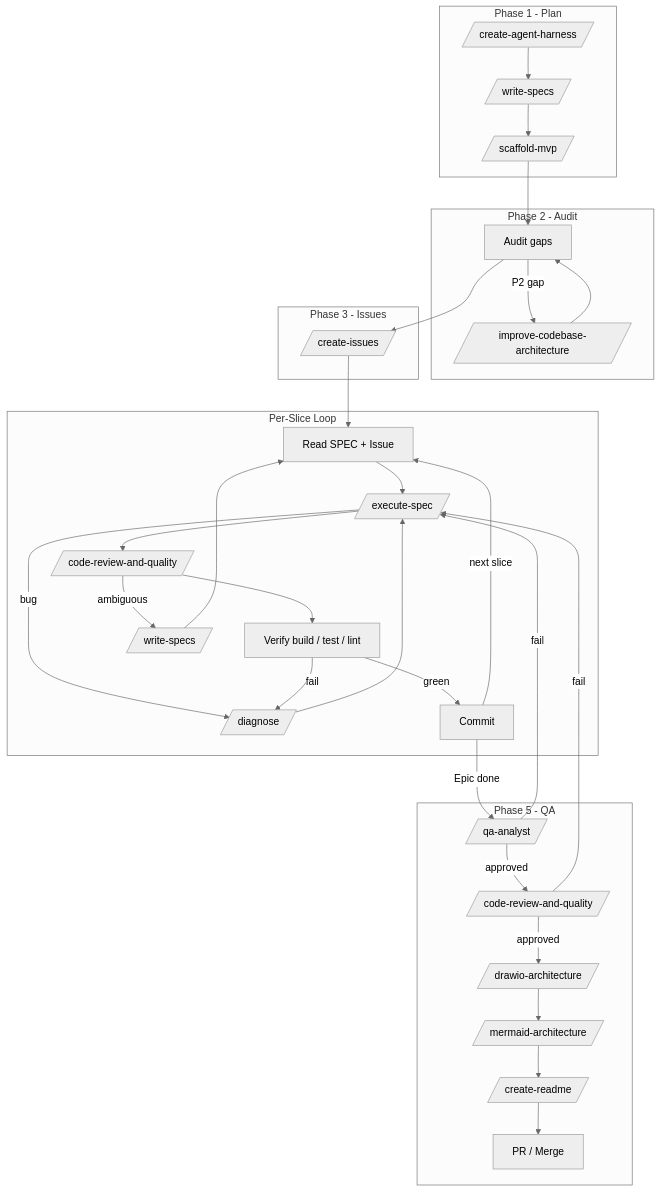
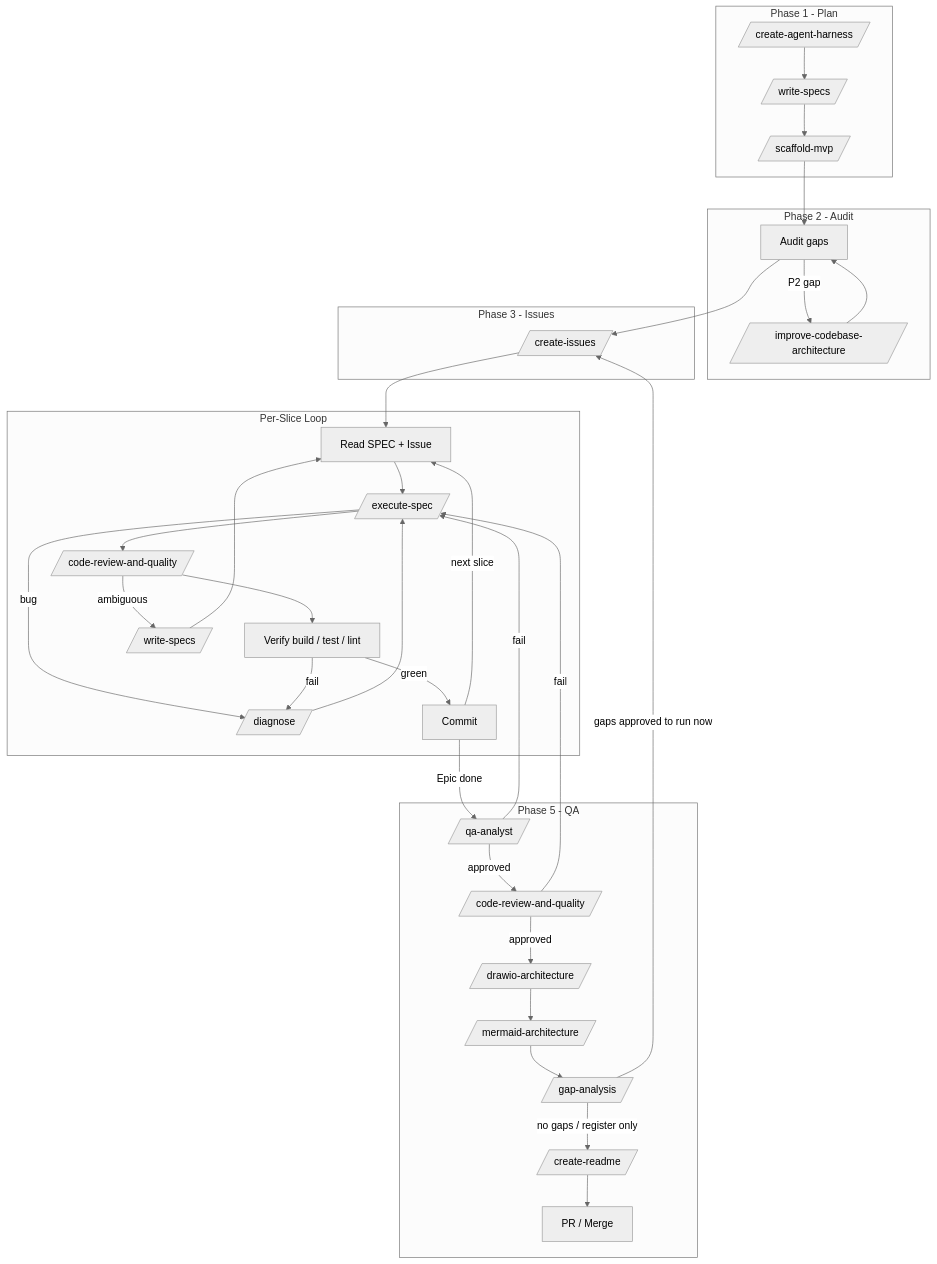
Before and after one commit to afonsoft/skills: the diagram in skills/orchestrator/SKILL.md, drawn with Mermaid (neutral theme). The commit also changed other lines of this file and 17 other files, not shown here.

First line of the commit message:
feat(gap-analysis): add evidence-based gap audit skill and wire into orchestrator Phase 5

````diff
--- a/skills/orchestrator/SKILL.md
+++ b/skills/orchestrator/SKILL.md
@@ -210,62 +210,65 @@
 ```mermaid
 flowchart TB
     subgraph Phase1["Phase 1 - Plan"]
         P1_H[/create-agent-harness/]
         P1_S[/write-specs/]
         P1_M[/scaffold-mvp/]
     end
 
     subgraph Phase2["Phase 2 - Audit"]
         P2_A["Audit gaps"]
         P2_F[/improve-codebase-architecture/]
     end
 
     subgraph Phase3["Phase 3 - Issues"]
         P3_I[/create-issues/]
     end
 
     subgraph Slice["Per-Slice Loop"]
         S_R["Read SPEC + Issue"]
         S_T[/execute-spec/]
         S_C[/code-review-and-quality/]
         S_D[/diagnose/]
         S_V["Verify build / test / lint"]
         S_G[/write-specs/]
         S_CM["Commit"]
     end
 
     subgraph Gate["Phase 5 - QA"]
         G_Q[/qa-analyst/]
         G_R[/code-review-and-quality/]
         G_D[/drawio-architecture/]
         G_MA[/mermaid-architecture/]
+        G_GA[/gap-analysis/]
         G_M[/create-readme/]
         G_P["PR / Merge"]
     end
 
     P1_H --> P1_S
     P1_S --> P1_M
     P1_M --> P2_A
     P2_A -->|P2 gap| P2_F
     P2_F --> P2_A
     P2_A --> P3_I
     P3_I --> S_R
     S_R --> S_T
     S_T --> S_C
     S_C --> S_V
     S_V -->|green| S_CM
     S_T -->|bug| S_D
     S_D --> S_T
     S_C -->|ambiguous| S_G
     S_G --> S_R
     S_V -->|fail| S_D
     S_CM -->|next slice| S_R
     S_CM -->|Epic done| G_Q
     G_Q -->|approved| G_R
     G_Q -->|fail| S_T
     G_R -->|approved| G_D
     G_D --> G_MA
-    G_MA --> G_M
+    G_MA --> G_GA
+    G_GA -->|"no gaps / register only"| G_M
+    G_GA -->|"gaps approved to run now"| P3_I
     G_R -->|fail| S_T
     G_M --> G_P
 ```
````
